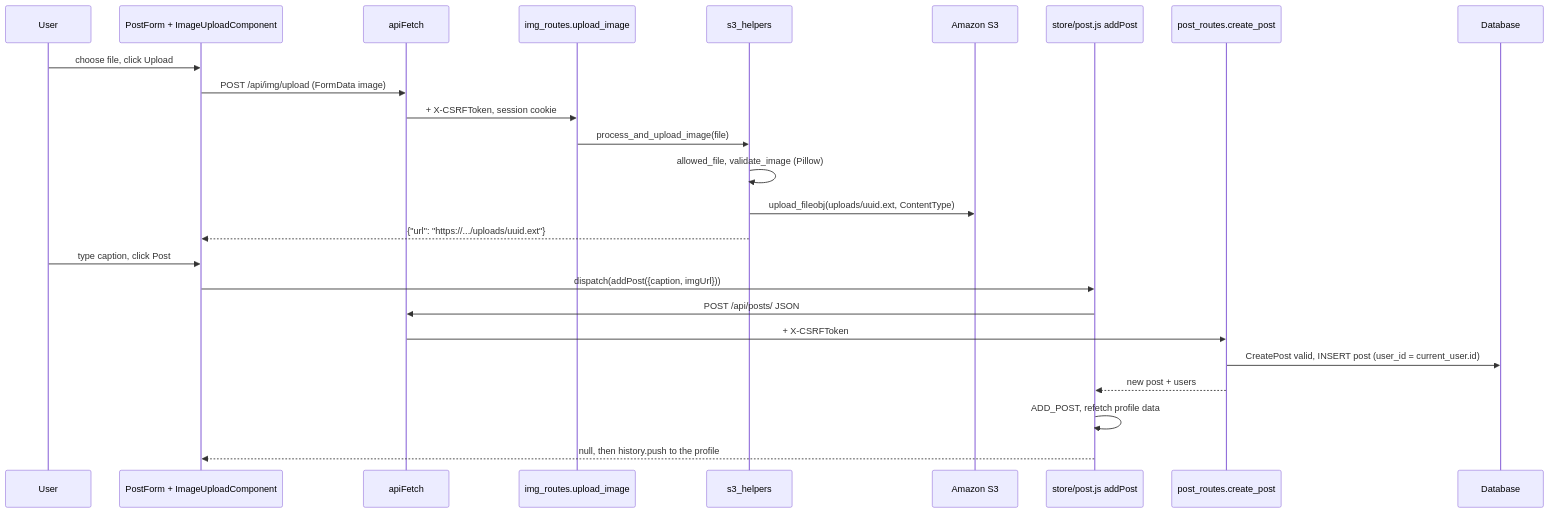
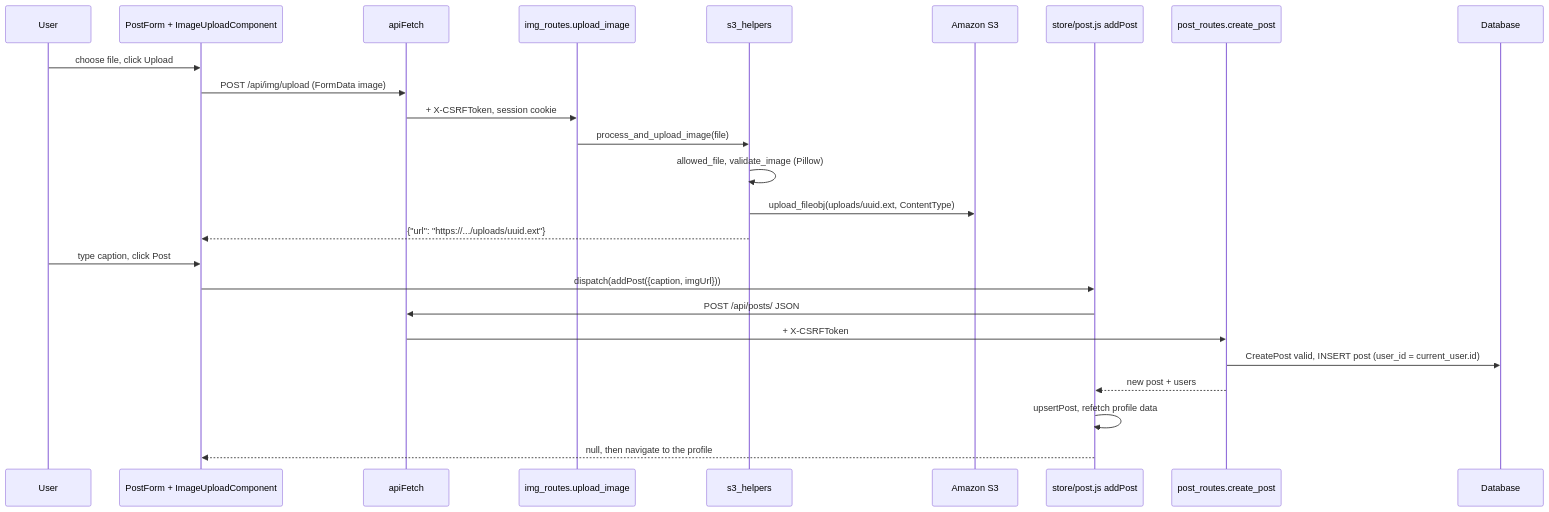
Before and after one commit to tyler-tor/PostPix: the fourth of 4 diagrams in docs/WALKTHROUGH.md, drawn with Mermaid. The commit also changed other lines of this file, not shown here.

````diff
--- a/docs/WALKTHROUGH.md
+++ b/docs/WALKTHROUGH.md
@@ -760,27 +838,27 @@
 ```mermaid
 sequenceDiagram
     participant U as User
     participant PF as PostForm + ImageUploadComponent
     participant AF as apiFetch
     participant IR as img_routes.upload_image
     participant S3H as s3_helpers
     participant S3 as Amazon S3
     participant ST as store/post.js addPost
     participant PR as post_routes.create_post
     participant DB as Database
     U->>PF: choose file, click Upload
     PF->>AF: POST /api/img/upload (FormData image)
     AF->>IR: + X-CSRFToken, session cookie
     IR->>S3H: process_and_upload_image(file)
     S3H->>S3H: allowed_file, validate_image (Pillow)
     S3H->>S3: upload_fileobj(uploads/uuid.ext, ContentType)
     S3H-->>PF: {"url": "https://.../uploads/uuid.ext"}
     U->>PF: type caption, click Post
     PF->>ST: dispatch(addPost({caption, imgUrl}))
     ST->>AF: POST /api/posts/ JSON
     AF->>PR: + X-CSRFToken
     PR->>DB: CreatePost valid, INSERT post (user_id = current_user.id)
     PR-->>ST: new post + users
-    ST->>ST: ADD_POST, refetch profile data
-    ST-->>PF: null, then history.push to the profile
+    ST->>ST: upsertPost, refetch profile data
+    ST-->>PF: null, then navigate to the profile
 ```
````
